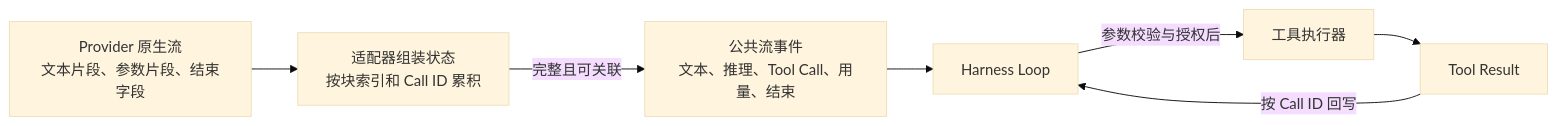
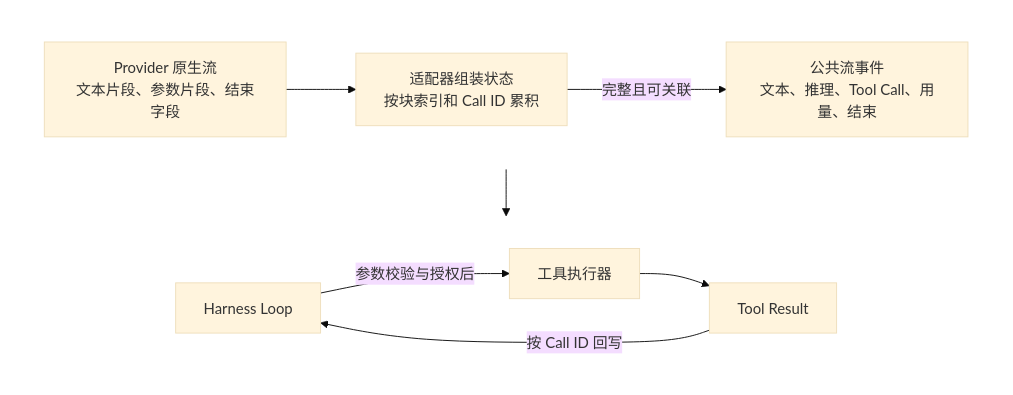
The diagram in docs/harness-survey/06_model_and_provider_abstraction.md (specialpointcentral/harness), drawn with Mermaid (base theme) before and after one commit. The commit also changed 18 other files, not shown here.

First line of the commit message:
docs: improve diagram layouts and tidy supporting files

````diff
--- a/docs/harness-survey/06_model_and_provider_abstraction.md
+++ b/docs/harness-survey/06_model_and_provider_abstraction.md
@@ -53,16 +53,21 @@
 ```mermaid
-flowchart LR
-  W[Provider 原生流<br/>文本片段、参数片段、结束字段]
-  A[适配器组装状态<br/>按块索引和 Call ID 累积]
-  E[公共流事件<br/>文本、推理、Tool Call、用量、结束]
-  L[Harness Loop]
-  T[工具执行器]
-  R[Tool Result]
-
-  W --> A
-  A -->|完整且可关联| E
+flowchart TB
+  subgraph R1[" "]
+    direction LR
+    W[Provider 原生流<br/>文本片段、参数片段、结束字段]
+    A[适配器组装状态<br/>按块索引和 Call ID 累积]
+    E[公共流事件<br/>文本、推理、Tool Call、用量、结束]
+    W --> A -->|完整且可关联| E
+  end
+  subgraph R2[" "]
+    direction LR
+    L[Harness Loop]
+    T[工具执行器]
+    R[Tool Result]
+    L -->|参数校验与授权后| T --> R
+    R -->|按 Call ID 回写| L
+  end
   E --> L
-  L -->|参数校验与授权后| T
-  T --> R
-  R -->|按 Call ID 回写| L
+  style R1 fill:none,stroke:none
+  style R2 fill:none,stroke:none
 ```
````
